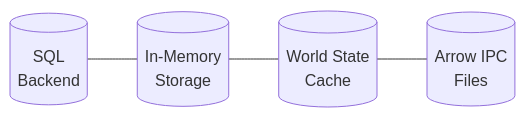
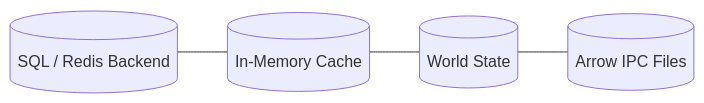
The third of 11 diagrams in docs/ARCHITECTURE.md (VanDung-dev/HieraChain), drawn with Mermaid before and after one commit. The commit also changed other lines of this file and 2 other files, not shown here.

First line of the commit message:
docs: update architecture documentation to pure Python and standardize markdown

````diff
--- a/docs/ARCHITECTURE.md
+++ b/docs/ARCHITECTURE.md
@@ -88,9 +74,9 @@
 ```mermaid
 flowchart LR
-    S1[("SQL<br/>Backend")]
-    S2[("In-Memory<br/>Storage")]
-    S3[("World State<br/>Cache")]
-    S4[("Arrow IPC<br/>Files")]
+    S1[("SQL / Redis Backend")]
+    S2[("In-Memory Cache")]
+    S3[("World State")]
+    S4[("Arrow IPC Files")]
 
     S1 --- S2 --- S3 --- S4
 ```
````
